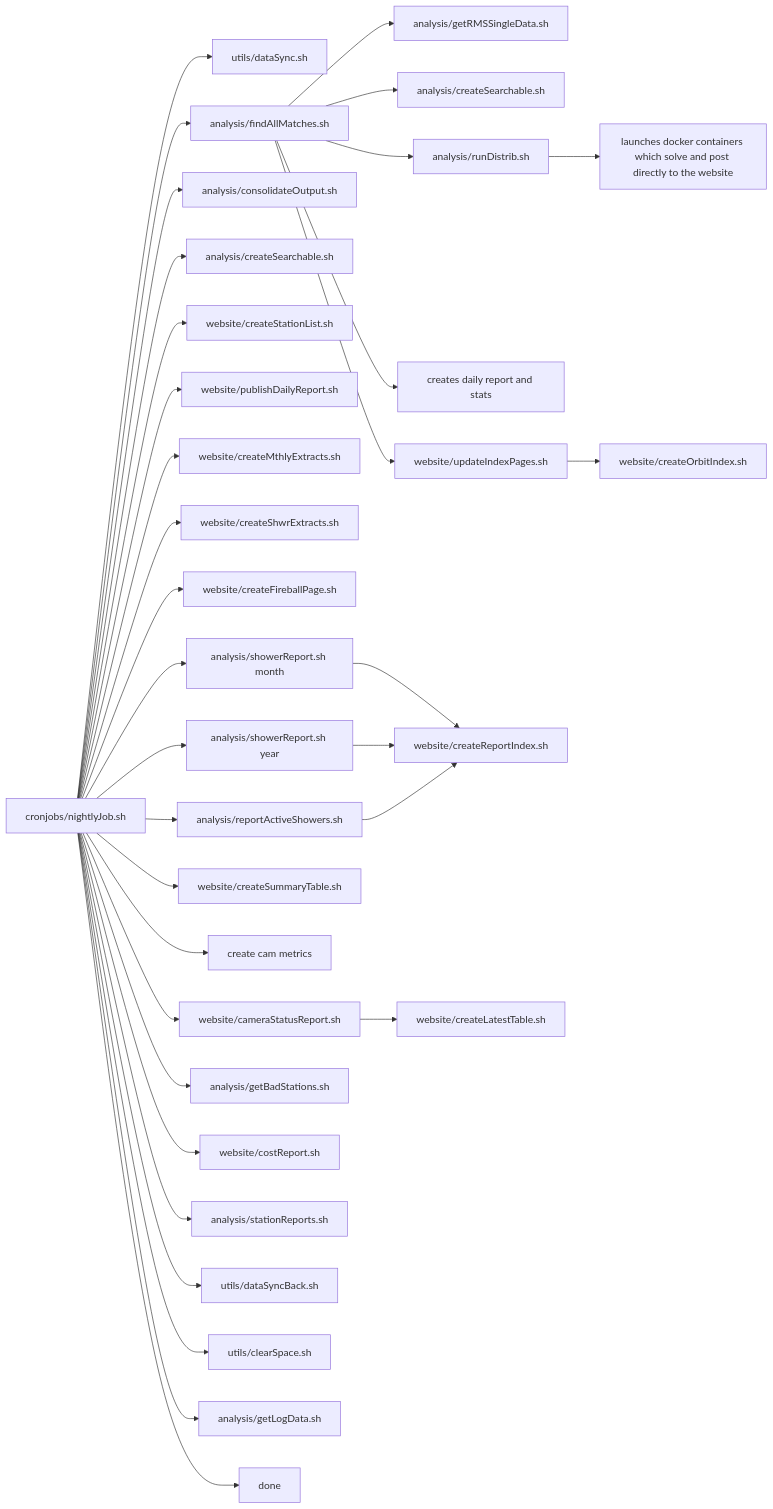
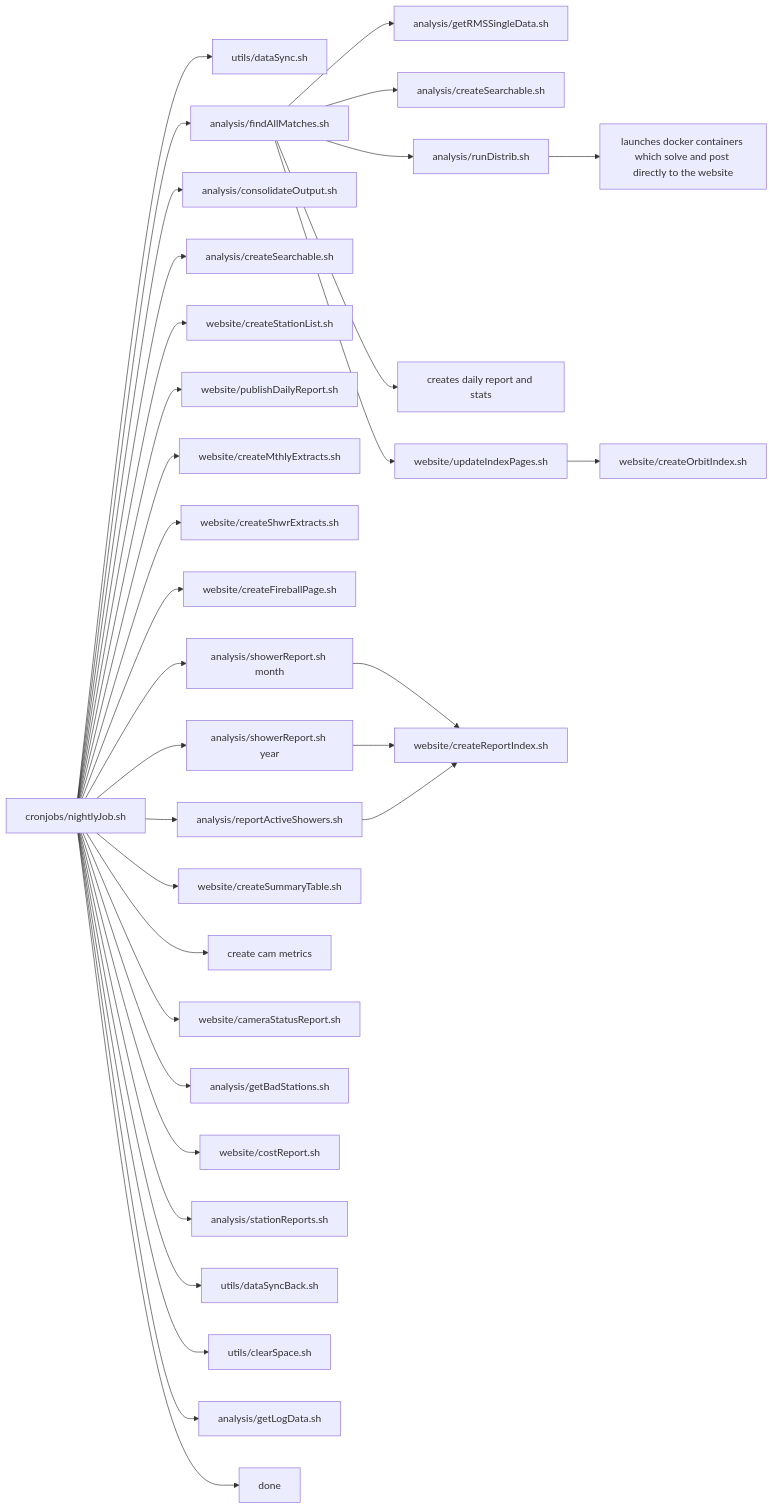
Before and after one commit to ukmda/ukmda-dataprocessing: the fourth of 4 diagrams in archive/README.md, drawn with Mermaid. The commit also changed 3 other files, not shown here.

````diff
--- a/archive/README.md
+++ b/archive/README.md
@@ -80,39 +80,38 @@
 ```mermaid
     flowchart LR
 
     nightly[cronjobs/nightlyJob.sh] --> datasync[utils/dataSync.sh]
     nightly --> findmatches[analysis/findAllMatches.sh]
     findmatches --> rmssngl[analysis/getRMSSingleData.sh]
     findmatches --> srchabl[analysis/createSearchable.sh]
     findmatches --> rundist[analysis/runDistrib.sh]
     rundist --> trajcont[launches docker containers which solve and post directly to the website]
     findmatches --> daily[creates daily report and stats]
     findmatches --> indexes[website/updateIndexPages.sh]
     indexes --> orbidx[website/createOrbitIndex.sh]
     nightly --> consol[analysis/consolidateOutput.sh]
     nightly --> srch2[analysis/createSearchable.sh]
     nightly --> statlist[website/createStationList.sh]
     nightly --> pubrep[website/publishDailyReport.sh]
     nightly --> mthly[website/createMthlyExtracts.sh]
     nightly --> shwr[website/createShwrExtracts.sh]
     nightly --> fireb[website/createFireballPage.sh]
     nightly --> swrepm[analysis/showerReport.sh month]
     swrepm --> repidx[website/createReportIndex.sh]
     nightly --> swrepy[analysis/showerReport.sh year]
     swrepy --> repidx[website/createReportIndex.sh]
     nightly --> activ[analysis/reportActiveShowers.sh]
     activ --> repidx[website/createReportIndex.sh]
     nightly --> summary[website/createSummaryTable.sh]
     nightly --> cammets[create cam metrics]
     nightly --> camstat[website/cameraStatusReport.sh]
-    camstat --> crlatab[website/createLatestTable.sh]
     nightly --> statstat[analysis/getBadStations.sh]
     nightly --> costs[website/costReport.sh]
     nightly --> statreps[analysis/stationReports.sh]
     nightly --> databack[utils/dataSyncBack.sh ]
     nightly --> clearsp[utils/clearSpace.sh ]
     nightly --> getlogs[analysis/getLogData.sh]
     nightly --> done[done]
 
 
 ```
````
